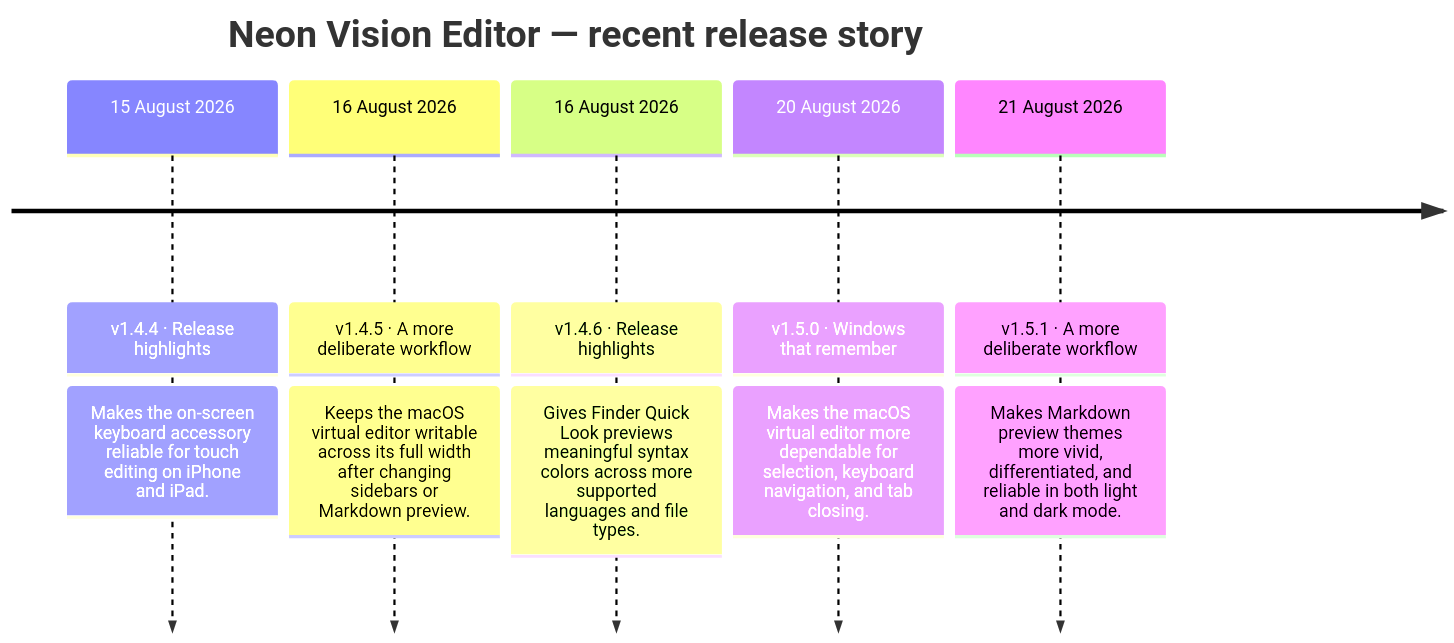
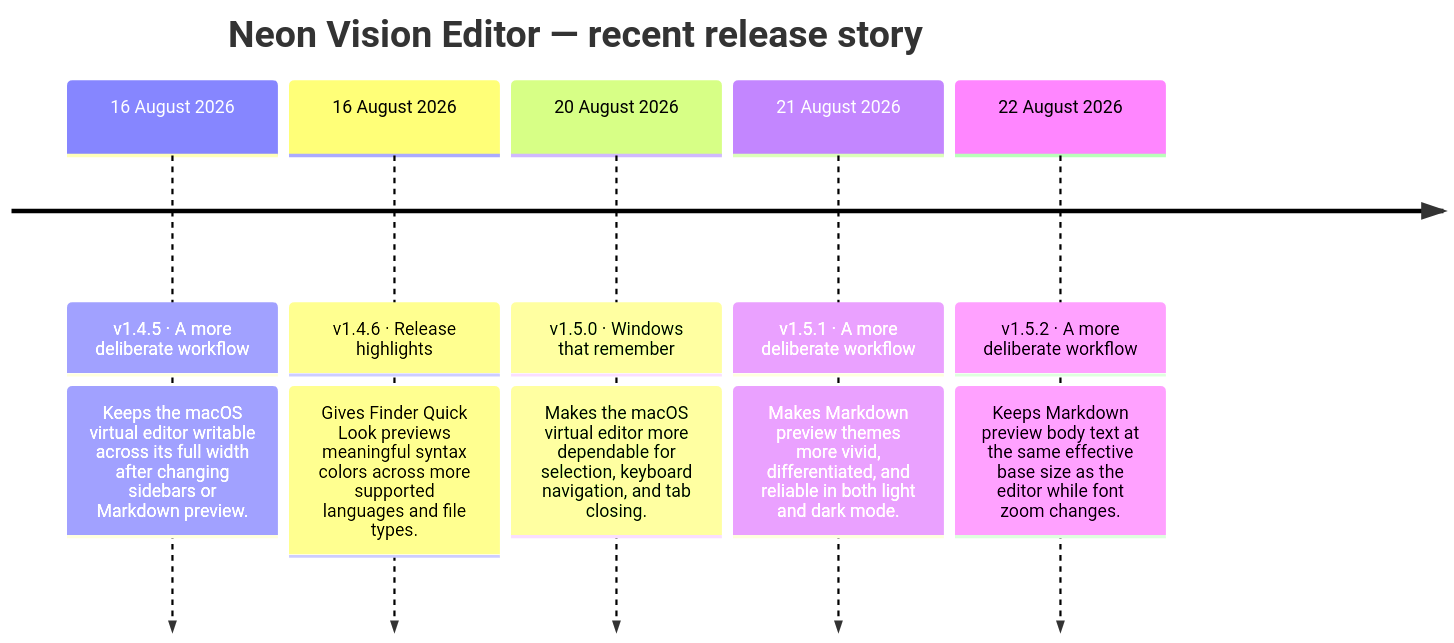
One commit to h3pdesign/Neon-Vision-Editor changed the second of 2 diagrams in README.md. Above: the diagram before and after it, drawn with Mermaid. The commit also changed other lines of this file and 11 other files, not shown here.

````diff
--- a/README.md
+++ b/README.md
@@ -780,14 +780,14 @@
 ```mermaid
 timeline
     title Neon Vision Editor — recent release story
-    15 August 2026 : v1.4.4 · Release highlights
-                : Makes the on-screen keyboard accessory reliable for touch editing on iPhone and iPad.
     16 August 2026 : v1.4.5 · A more deliberate workflow
                 : Keeps the macOS virtual editor writable across its full width after changing sidebars or Markdown preview.
     16 August 2026 : v1.4.6 · Release highlights
                 : Gives Finder Quick Look previews meaningful syntax colors across more supported languages and file types.
     20 August 2026 : v1.5.0 · Windows that remember
                 : Makes the macOS virtual editor more dependable for selection, keyboard navigation, and tab closing.
     21 August 2026 : v1.5.1 · A more deliberate workflow
                 : Makes Markdown preview themes more vivid, differentiated, and reliable in both light and dark mode.
+    22 August 2026 : v1.5.2 · A more deliberate workflow
+                : Keeps Markdown preview body text at the same effective base size as the editor while font zoom changes.
 ```
````
